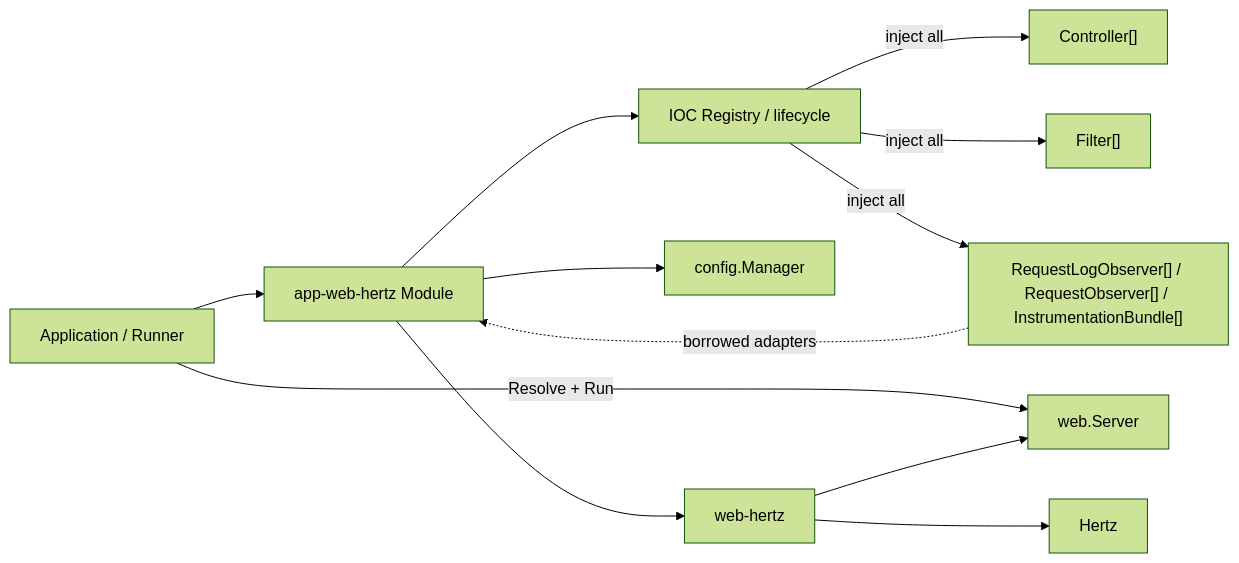
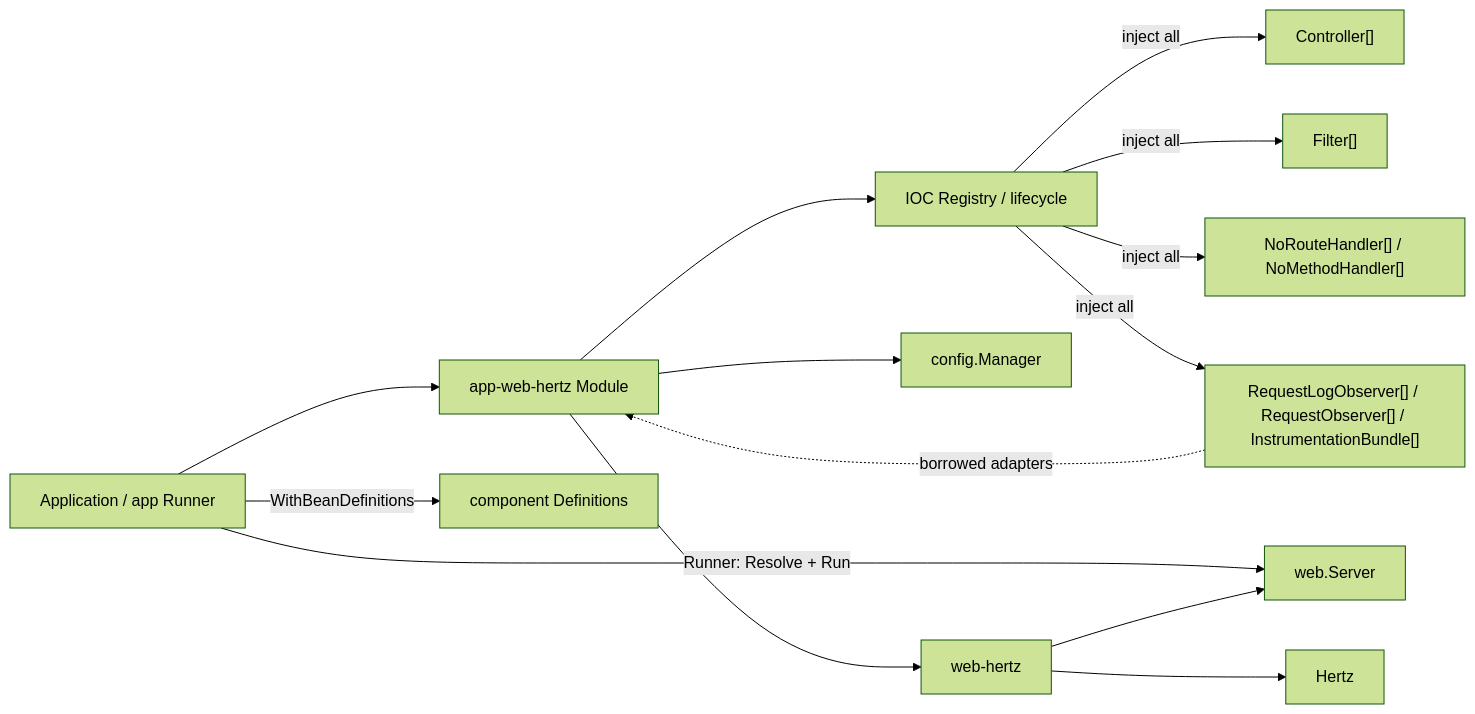
One commit to yangzhuangqiu/gobase changed the first of 2 diagrams in docs/architecture/app-web-hertz-design.md. Above: the diagram before and after it, drawn with Mermaid (forest theme). The commit also changed other lines of this file and 63 other files, not shown here.

First line of the commit message:
feat(app-web-hertz): unify server assembly through IOC

````diff
--- a/docs/architecture/app-web-hertz-design.md
+++ b/docs/architecture/app-web-hertz-design.md
@@ -62,14 +62,16 @@
 ```mermaid
 flowchart LR
-    A["Application / Runner"] --> M["app-web-hertz Module"]
-    A -->|"Resolve + Run"| W["web.Server"]
+    A["Application / app Runner"] --> M["app-web-hertz Module"]
+    A -->|"WithBeanDefinitions"| D["component Definitions"]
+    A -->|"Runner: Resolve + Run"| W["web.Server"]
     M --> I["IOC Registry / lifecycle"]
     M --> C["config.Manager"]
     M --> H["web-hertz"]
     H --> W
     H --> Z["Hertz"]
     I -->|"inject all"| CT["Controller[]"]
     I -->|"inject all"| FT["Filter[]"]
+    I -->|"inject all"| FB["NoRouteHandler[] / NoMethodHandler[]"]
     I -->|"inject all"| RO["RequestLogObserver[] / RequestObserver[] / InstrumentationBundle[]"]
     RO -. "borrowed adapters" .-> M
 ```
````
